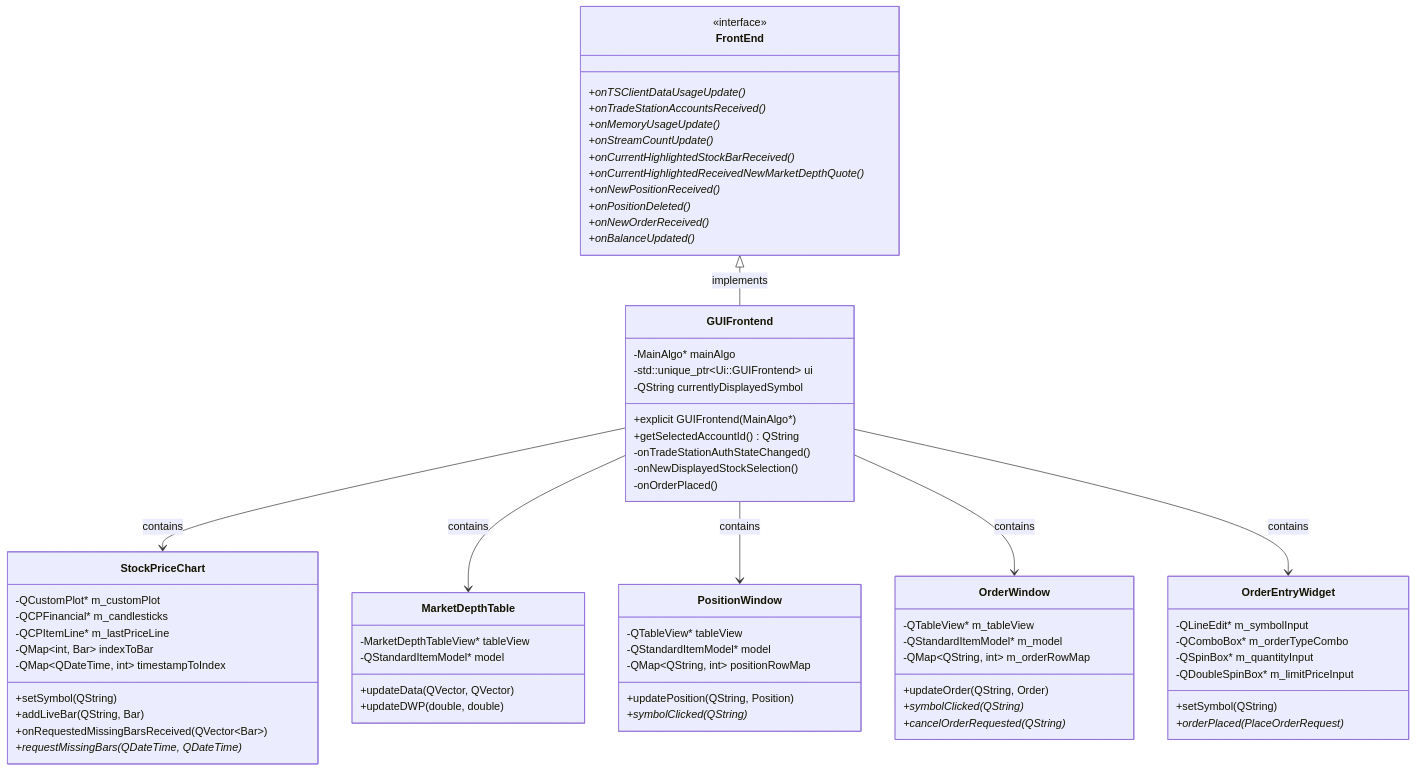
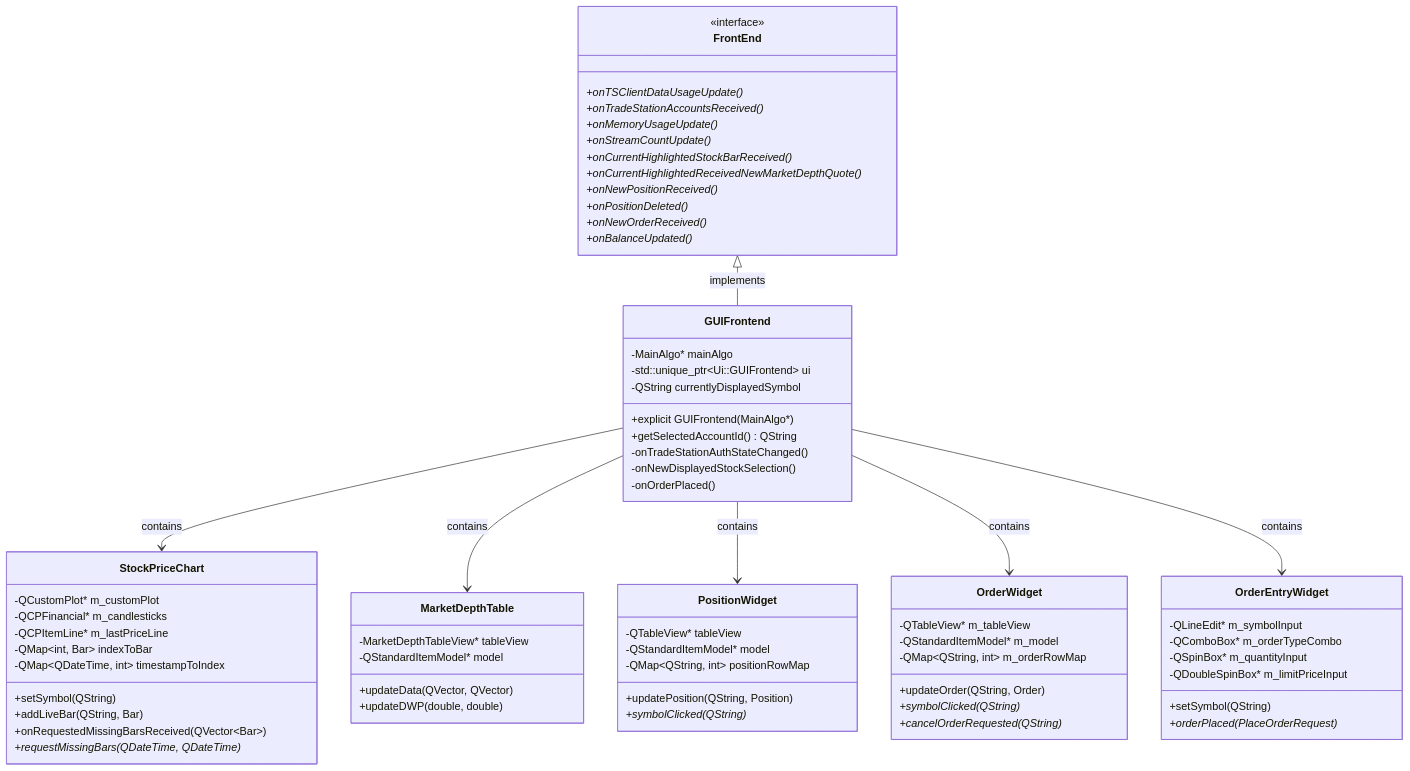
Before and after one commit to simonbeaudoin0935/OpenTraderPlatform: the second of 4 diagrams in Doc/FRONTEND.md, drawn with Mermaid. The commit also changed other lines of this file and 14 other files, not shown here.

First line of the commit message:
Rename Windows/ → Widgets/ and *Window → *Widget

````diff
--- a/Doc/FRONTEND.md
+++ b/Doc/FRONTEND.md
@@ -133,79 +133,79 @@
 ```mermaid
 classDiagram
     class FrontEnd {
         <<interface>>
         +onTSClientDataUsageUpdate()*
         +onTradeStationAccountsReceived()*
         +onMemoryUsageUpdate()*
         +onStreamCountUpdate()*
         +onCurrentHighlightedStockBarReceived()*
         +onCurrentHighlightedReceivedNewMarketDepthQuote()*
         +onNewPositionReceived()*
         +onPositionDeleted()*
         +onNewOrderReceived()*
         +onBalanceUpdated()*
     }
 
     class GUIFrontend {
         -MainAlgo* mainAlgo
         -std::unique_ptr~Ui::GUIFrontend~ ui
         -QString currentlyDisplayedSymbol
         +explicit GUIFrontend(MainAlgo*)
         +getSelectedAccountId() QString
         -onTradeStationAuthStateChanged()
         -onNewDisplayedStockSelection()
         -onOrderPlaced()
     }
 
     class StockPriceChart {
         -QCustomPlot* m_customPlot
         -QCPFinancial* m_candlesticks
         -QCPItemLine* m_lastPriceLine
         -QMap~int, Bar~ indexToBar
         -QMap~QDateTime, int~ timestampToIndex
         +setSymbol(QString)
         +addLiveBar(QString, Bar)
         +onRequestedMissingBarsReceived(QVector~Bar~)
         +requestMissingBars(QDateTime, QDateTime)*
     }
 
     class MarketDepthTable {
         -MarketDepthTableView* tableView
         -QStandardItemModel* model
         +updateData(QVector, QVector)
         +updateDWP(double, double)
     }
 
-    class PositionWindow {
+    class PositionWidget {
         -QTableView* tableView
         -QStandardItemModel* model
         -QMap~QString, int~ positionRowMap
         +updatePosition(QString, Position)
         +symbolClicked(QString)*
     }
 
-    class OrderWindow {
+    class OrderWidget {
         -QTableView* m_tableView
         -QStandardItemModel* m_model
         -QMap~QString, int~ m_orderRowMap
         +updateOrder(QString, Order)
         +symbolClicked(QString)*
         +cancelOrderRequested(QString)*
     }
 
     class OrderEntryWidget {
         -QLineEdit* m_symbolInput
         -QComboBox* m_orderTypeCombo
         -QSpinBox* m_quantityInput
         -QDoubleSpinBox* m_limitPriceInput
         +setSymbol(QString)
         +orderPlaced(PlaceOrderRequest)*
     }
 
     FrontEnd <|-- GUIFrontend : implements
     GUIFrontend --> StockPriceChart : contains
     GUIFrontend --> MarketDepthTable : contains
-    GUIFrontend --> PositionWindow : contains
-    GUIFrontend --> OrderWindow : contains
+    GUIFrontend --> PositionWidget : contains
+    GUIFrontend --> OrderWidget : contains
     GUIFrontend --> OrderEntryWidget : contains
 ```
````
